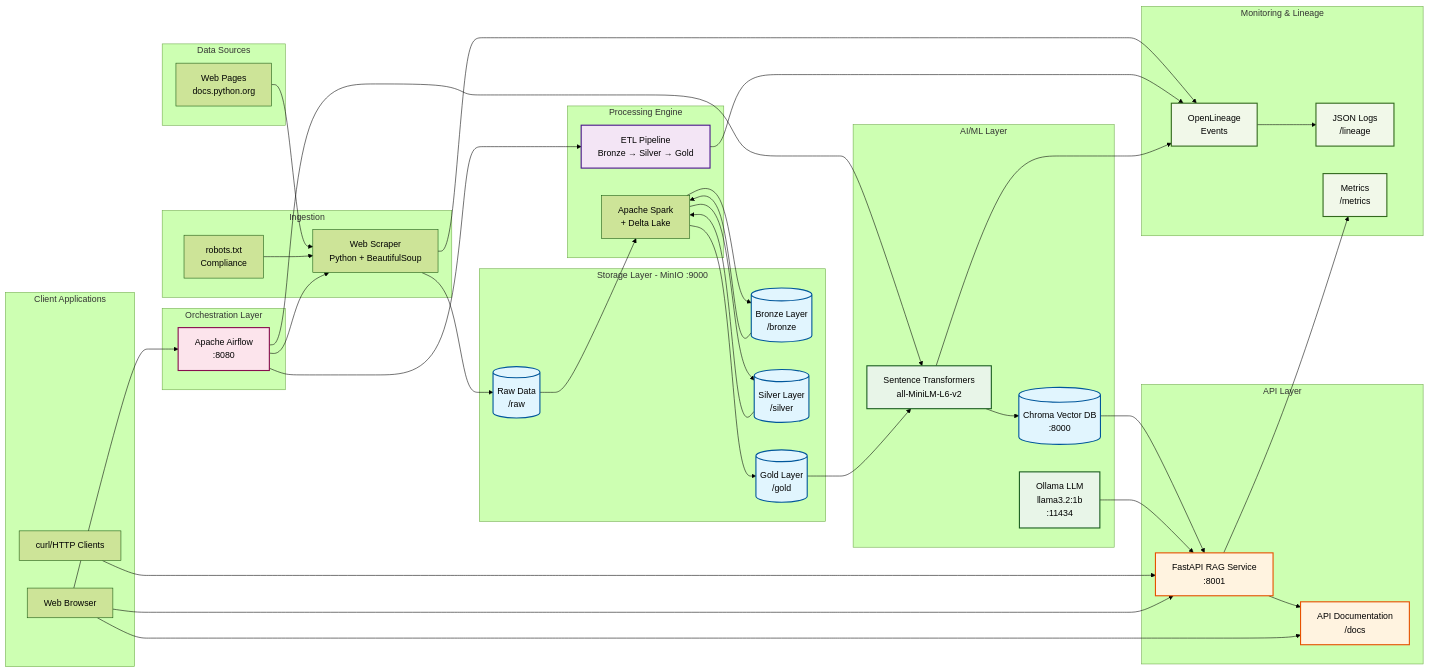
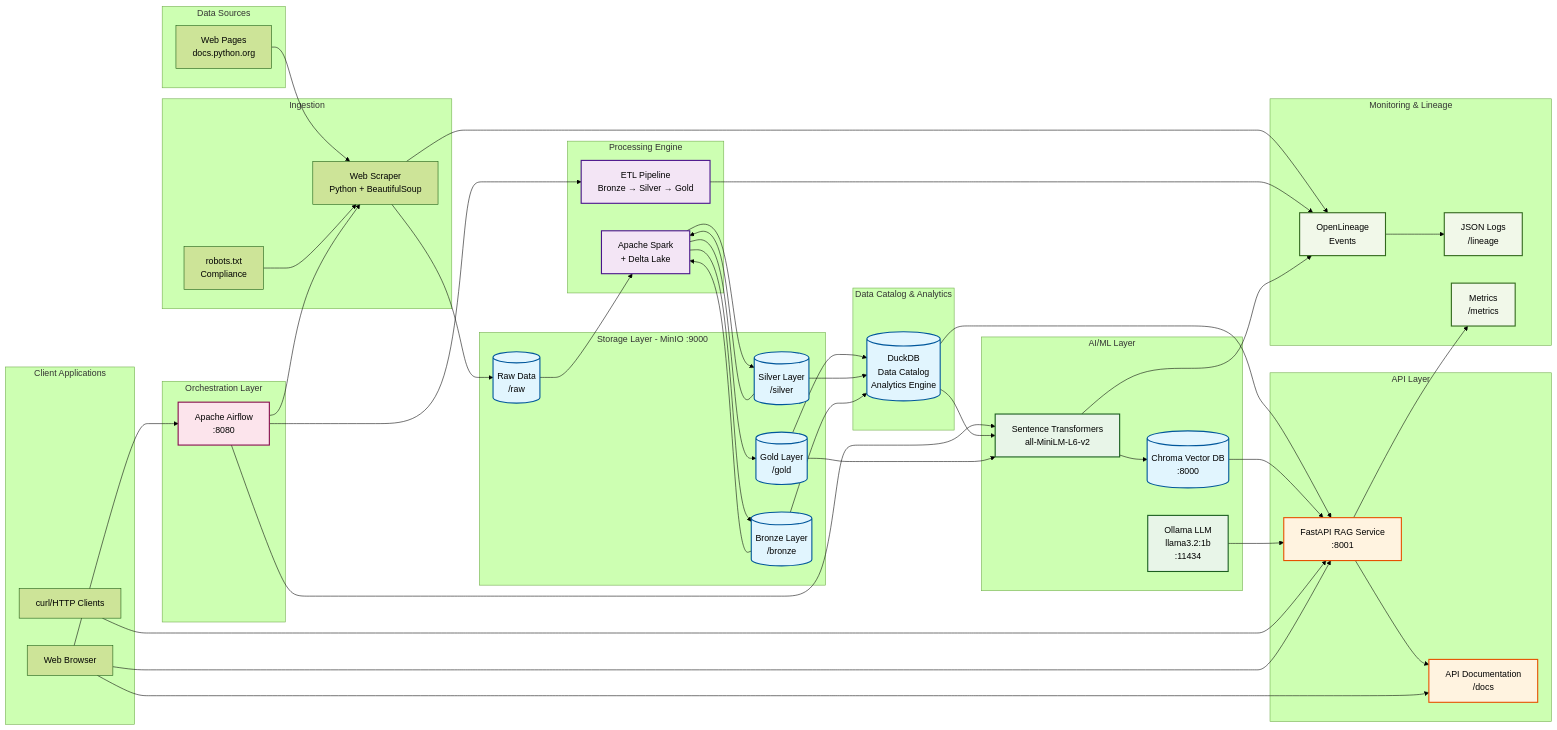
The diagram in architecture.mmd (technobasant/rag-pipeline), drawn with Mermaid (forest theme) before and after one commit. The commit also changed 1 other file, not shown here.

Commit message:
updated architecture with duckdb

```diff
--- a/architecture.mmd
+++ b/architecture.mmd
@@ -1,96 +1,108 @@
 flowchart LR
     subgraph "Data Sources"
         WEB[Web Pages<br/>docs.python.org]
     end
     
     subgraph "Orchestration Layer"
         AF[Apache Airflow<br/>:8080]
     end
     
     subgraph "Ingestion"
         SCRAPER[Web Scraper<br/>Python + BeautifulSoup]
         ROBOTS[robots.txt<br/>Compliance]
     end
     
     subgraph "Storage Layer - MinIO :9000"
         RAW[(Raw Data<br/>/raw)]
         BRONZE[(Bronze Layer<br/>/bronze)]
         SILVER[(Silver Layer<br/>/silver)]
         GOLD[(Gold Layer<br/>/gold)]
     end
     
     subgraph "Processing Engine"
         SPARK[Apache Spark<br/>+ Delta Lake]
         ETL[ETL Pipeline<br/>Bronze → Silver → Gold]
+    end
+    
+    subgraph "Data Catalog & Analytics"
+        DUCK[(DuckDB<br/>Data Catalog<br/>Analytics Engine)]
     end
     
     subgraph "AI/ML Layer"
         EMB[Sentence Transformers<br/>all-MiniLM-L6-v2]
         CHROMA[(Chroma Vector DB<br/>:8000)]
         OLLAMA[Ollama LLM<br/>llama3.2:1b<br/>:11434]
     end
     
     subgraph "API Layer"
         FASTAPI[FastAPI RAG Service<br/>:8001]
         DOCS[API Documentation<br/>/docs]
     end
     
     subgraph "Monitoring & Lineage"
         OL[OpenLineage<br/>Events]
         LOGS[JSON Logs<br/>/lineage]
         METRICS[Metrics<br/>/metrics]
     end
     
     subgraph "Client Applications"
         CURL[curl/HTTP Clients]
         BROWSER[Web Browser]
     end
     
     %% Data Flow
     WEB --> SCRAPER
     ROBOTS --> SCRAPER
     AF --> SCRAPER
     SCRAPER --> RAW
     
     AF --> ETL
     RAW --> SPARK
     SPARK --> BRONZE
     BRONZE --> SPARK
     SPARK --> SILVER
     SILVER --> SPARK
     SPARK --> GOLD
     
+    %% DuckDB Data Catalog & S3 Access
+    GOLD --> DUCK
+    SILVER --> DUCK
+    BRONZE --> DUCK
+    DUCK --> FASTAPI
+    
     AF --> EMB
+    DUCK --> EMB
     GOLD --> EMB
     EMB --> CHROMA
     
     CHROMA --> FASTAPI
     OLLAMA --> FASTAPI
     FASTAPI --> DOCS
     
     CURL --> FASTAPI
     BROWSER --> FASTAPI
     BROWSER --> AF
     BROWSER --> DOCS
     
     %% Monitoring
     SCRAPER --> OL
     ETL --> OL
     EMB --> OL
     OL --> LOGS
     FASTAPI --> METRICS
     
     %% Styling
     classDef storage fill:#e1f5fe,stroke:#01579b,stroke-width:2px
     classDef processing fill:#f3e5f5,stroke:#4a148c,stroke-width:2px
     classDef ai fill:#e8f5e8,stroke:#1b5e20,stroke-width:2px
     classDef api fill:#fff3e0,stroke:#e65100,stroke-width:2px
     classDef orchestration fill:#fce4ec,stroke:#880e4f,stroke-width:2px
     classDef monitoring fill:#f1f8e9,stroke:#33691e,stroke-width:2px
     
     class RAW,BRONZE,SILVER,GOLD,CHROMA storage
-    class DUCK,ETL processing
+    class SPARK,ETL processing
+    class DUCK storage
     class EMB,OLLAMA ai
     class FASTAPI,DOCS api
     class AF orchestration
     class OL,LOGS,METRICS monitoring
```
